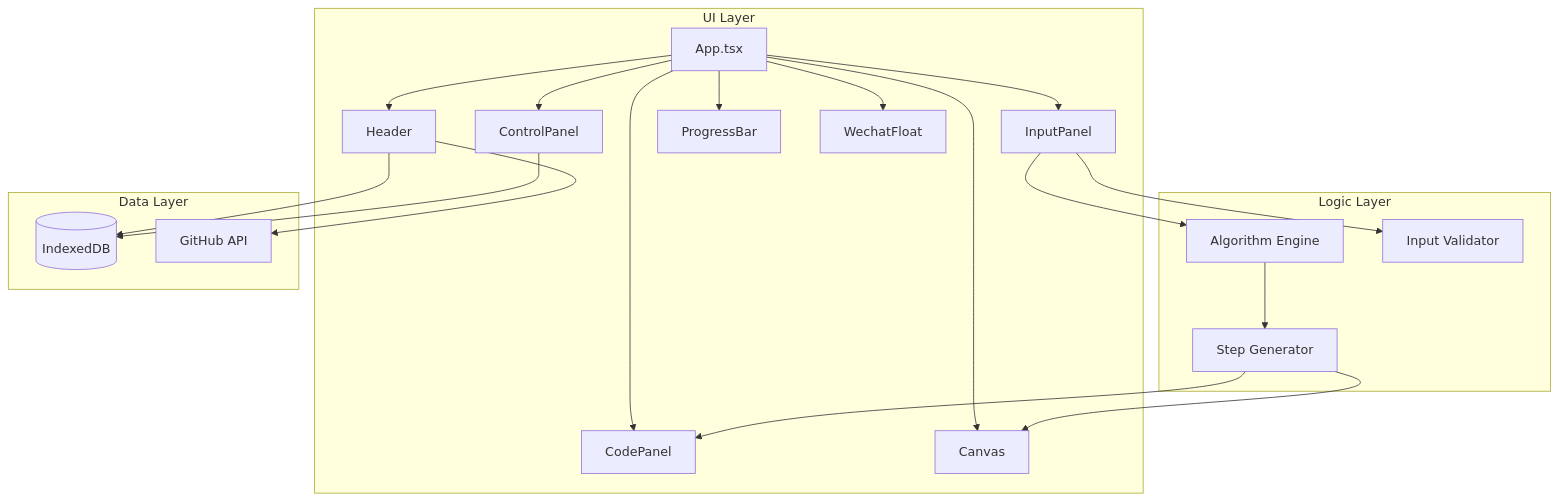
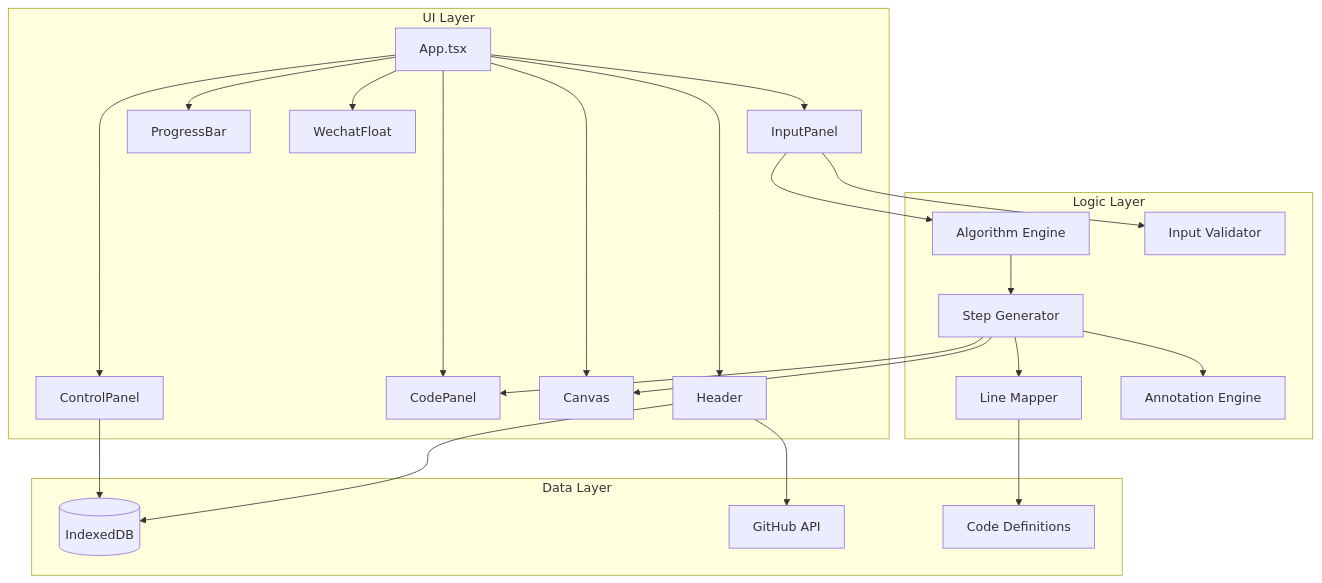
Before and after one commit to fuck-algorithm/leetcode-128-longest-consecutive-sequence: the diagram in .kiro/specs/algorithm-visualizer/design.md, drawn with Mermaid. The commit also changed other lines of this file and 20 other files, not shown here.

````diff
--- a/.kiro/specs/algorithm-visualizer/design.md
+++ b/.kiro/specs/algorithm-visualizer/design.md
@@ -16,42 +19,48 @@
 ```mermaid
 graph TB
     subgraph UI Layer
         App[App.tsx]
         Header[Header]
         InputPanel[InputPanel]
         CodePanel[CodePanel]
         Canvas[Canvas]
         ControlPanel[ControlPanel]
         ProgressBar[ProgressBar]
         WechatFloat[WechatFloat]
     end
     
     subgraph Logic Layer
         Algorithm[Algorithm Engine]
         StepGenerator[Step Generator]
+        LineMapper[Line Mapper]
+        AnnotationEngine[Annotation Engine]
         Validator[Input Validator]
     end
     
     subgraph Data Layer
         IndexedDB[(IndexedDB)]
         GitHubAPI[GitHub API]
+        CodeDefinitions[Code Definitions]
     end
     
     App --> Header
     App --> InputPanel
     App --> CodePanel
     App --> Canvas
     App --> ControlPanel
     App --> ProgressBar
     App --> WechatFloat
     
     InputPanel --> Validator
     InputPanel --> Algorithm
     Algorithm --> StepGenerator
+    StepGenerator --> LineMapper
+    StepGenerator --> AnnotationEngine
     StepGenerator --> Canvas
     StepGenerator --> CodePanel
+    LineMapper --> CodeDefinitions
     
     Header --> GitHubAPI
     Header --> IndexedDB
     ControlPanel --> IndexedDB
 ```
````
